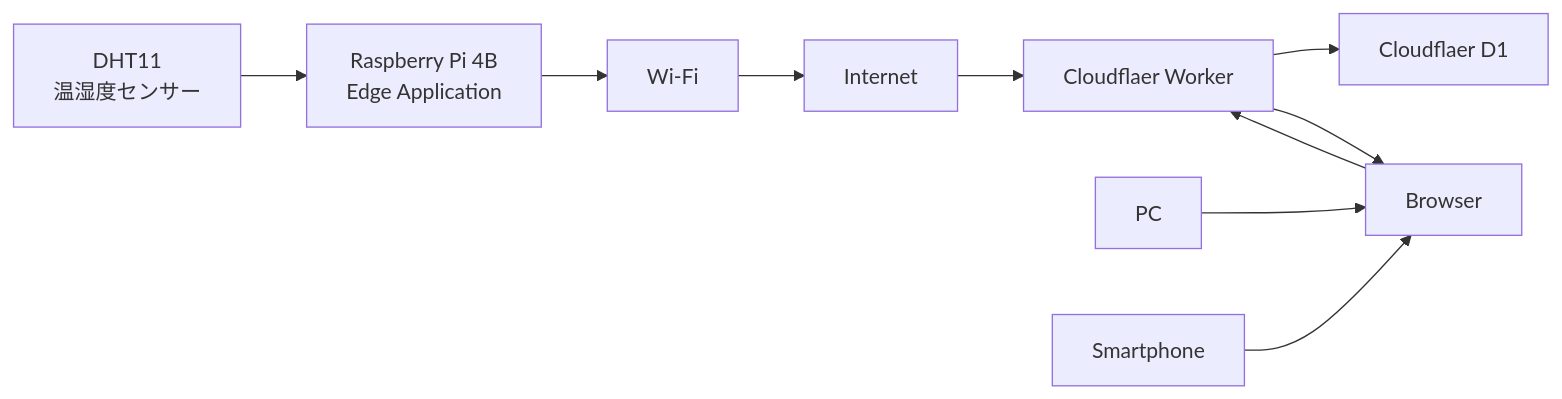
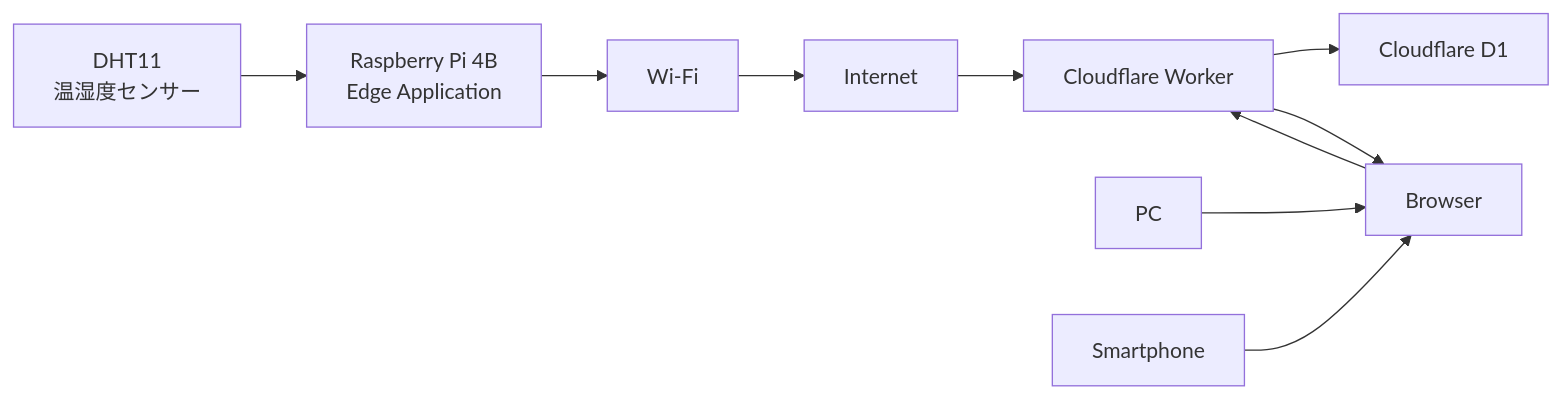
Before and after one commit to yujimasuda77777/Raspberry_Pi_4B_Edge_IoT_System: the first of 3 diagrams in 01_requirements.md, drawn with Mermaid. The commit also changed other lines of this file and 1 other file, not shown here.

````diff
--- a/01_requirements.md
+++ b/01_requirements.md
@@ -27,26 +27,25 @@
 ```mermaid
 flowchart LR
     Sensor["DHT11<br/>温湿度センサー"]
     Edge["Raspberry Pi 4B<br/>Edge Application"]
-    Wifi["Wi-Fi"]
+    WiFi["Wi-Fi"]
     Internet["Internet"]
-    Worker["Cloudflaer Worker"]
-    DB["Cloudflaer D1"]
+    Worker["Cloudflare Worker"]
+    DB["Cloudflare D1"]
 
     PC["PC"]
     Smartphone["Smartphone"]
     Browser["Browser"]
 
     Sensor --> Edge
-    Edge --> Wifi
-    Wifi --> Internet
+    Edge --> WiFi
+    WiFi --> Internet
     Internet --> Worker
     Worker --> DB
 
     PC --> Browser
     Smartphone --> Browser
     Browser --> Worker
     Worker --> Browser
 
-
 ```
````
